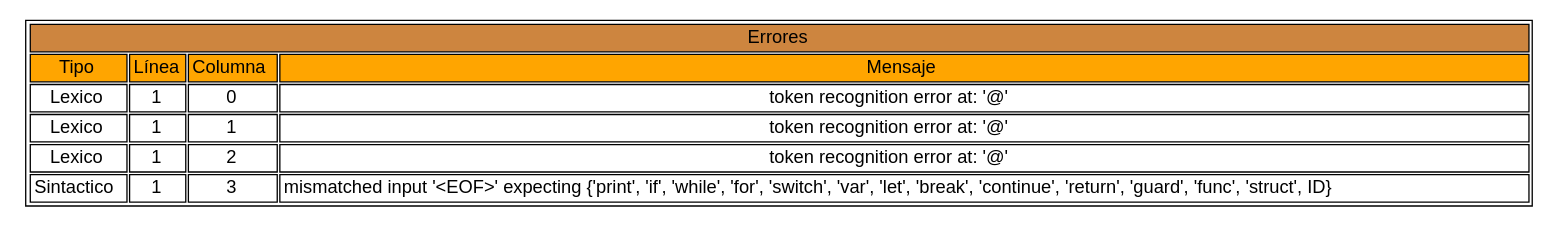
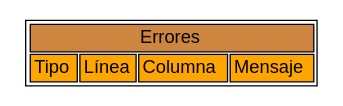
Before and after one commit to sebbbasdl/OLC2_P1_201906085: the diagram in client/src/pages/imagenes/errores.dot, drawn with Graphviz. The commit also changed 8 other files, not shown here.

```diff
--- a/client/src/pages/imagenes/errores.dot
+++ b/client/src/pages/imagenes/errores.dot
@@ -1,10 +1,6 @@
 digraph ErrorTable {
   node [shape=none fontname=Helvetica]
   n1 [label = <<table>
     <tr><td colspan="4" bgcolor="Peru">Errores</td></tr>
-    <tr><td bgcolor="orange">Tipo</td><td bgcolor="orange">Línea</td><td bgcolor="orange">Columna</td><td bgcolor="orange">Mensaje</td></tr>    <tr><td>Lexico</td><td>1</td><td>0</td><td>token recognition error at: '@'</td></tr>
-    <tr><td>Lexico</td><td>1</td><td>1</td><td>token recognition error at: '@'</td></tr>
-    <tr><td>Lexico</td><td>1</td><td>2</td><td>token recognition error at: '@'</td></tr>
-    <tr><td>Sintactico</td><td>1</td><td>3</td><td>mismatched input '&lt;EOF&gt;' expecting {'print', 'if', 'while', 'for', 'switch', 'var', 'let', 'break', 'continue', 'return', 'guard', 'func', 'struct', ID}</td></tr>
-  </table>> ]
+    <tr><td bgcolor="orange">Tipo</td><td bgcolor="orange">Línea</td><td bgcolor="orange">Columna</td><td bgcolor="orange">Mensaje</td></tr>  </table>> ]
 }
```
